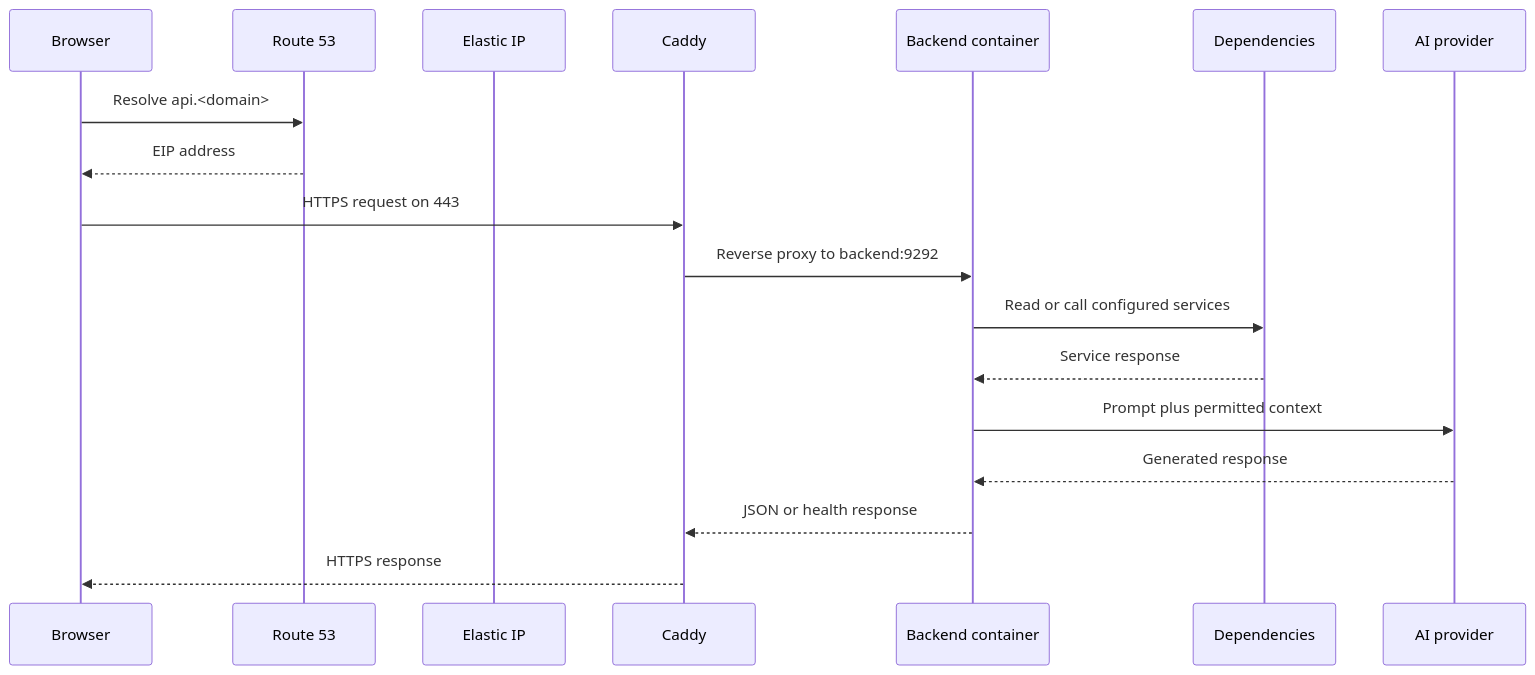
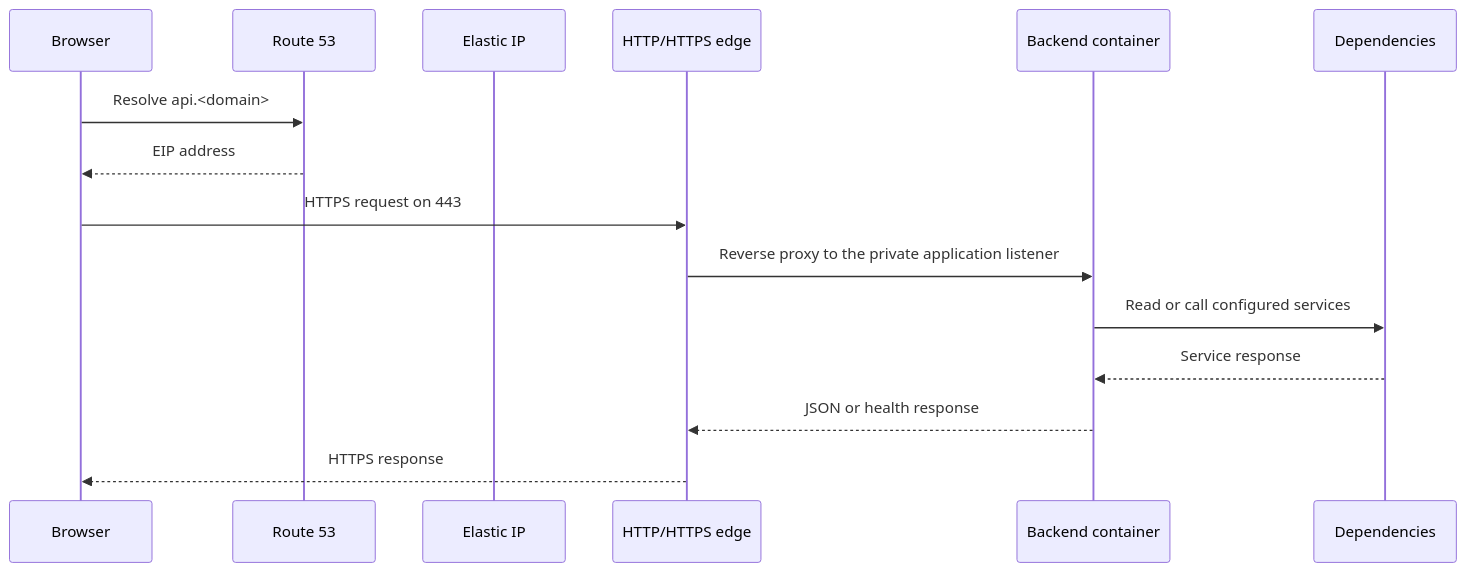
Before and after one commit to kanutocd/poorman-aws: the third of 8 diagrams in docs/mkdocs/architecture.md, drawn with Mermaid. The commit also changed other lines of this file, not shown here.

Commit message:
docs: generalize architecture concepts

````diff
--- a/docs/mkdocs/architecture.md
+++ b/docs/mkdocs/architecture.md
@@ -108,21 +108,18 @@
 ```mermaid
 sequenceDiagram
     participant Browser
     participant DNS as Route 53
     participant EIP as Elastic IP
-    participant Caddy
+    participant Edge as HTTP/HTTPS edge
     participant App as Backend container
     participant Dependencies
-    participant AI as AI provider
 
     Browser->>DNS: Resolve api.<domain>
     DNS-->>Browser: EIP address
-    Browser->>Caddy: HTTPS request on 443
-    Caddy->>App: Reverse proxy to backend:9292
+    Browser->>Edge: HTTPS request on 443
+    Edge->>App: Reverse proxy to the private application listener
     App->>Dependencies: Read or call configured services
     Dependencies-->>App: Service response
-    App->>AI: Prompt plus permitted context
-    AI-->>App: Generated response
-    App-->>Caddy: JSON or health response
-    Caddy-->>Browser: HTTPS response
+    App-->>Edge: JSON or health response
+    Edge-->>Browser: HTTPS response
 ```
````
